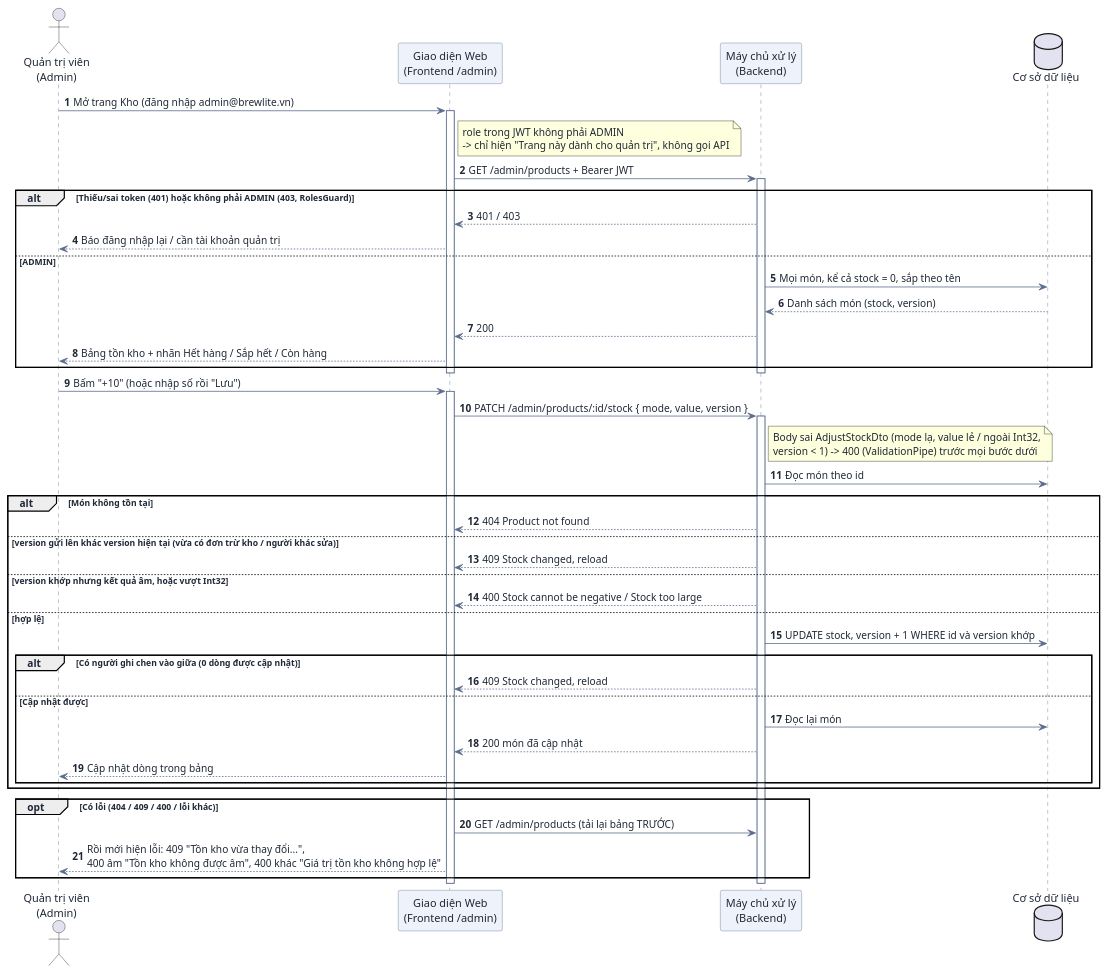
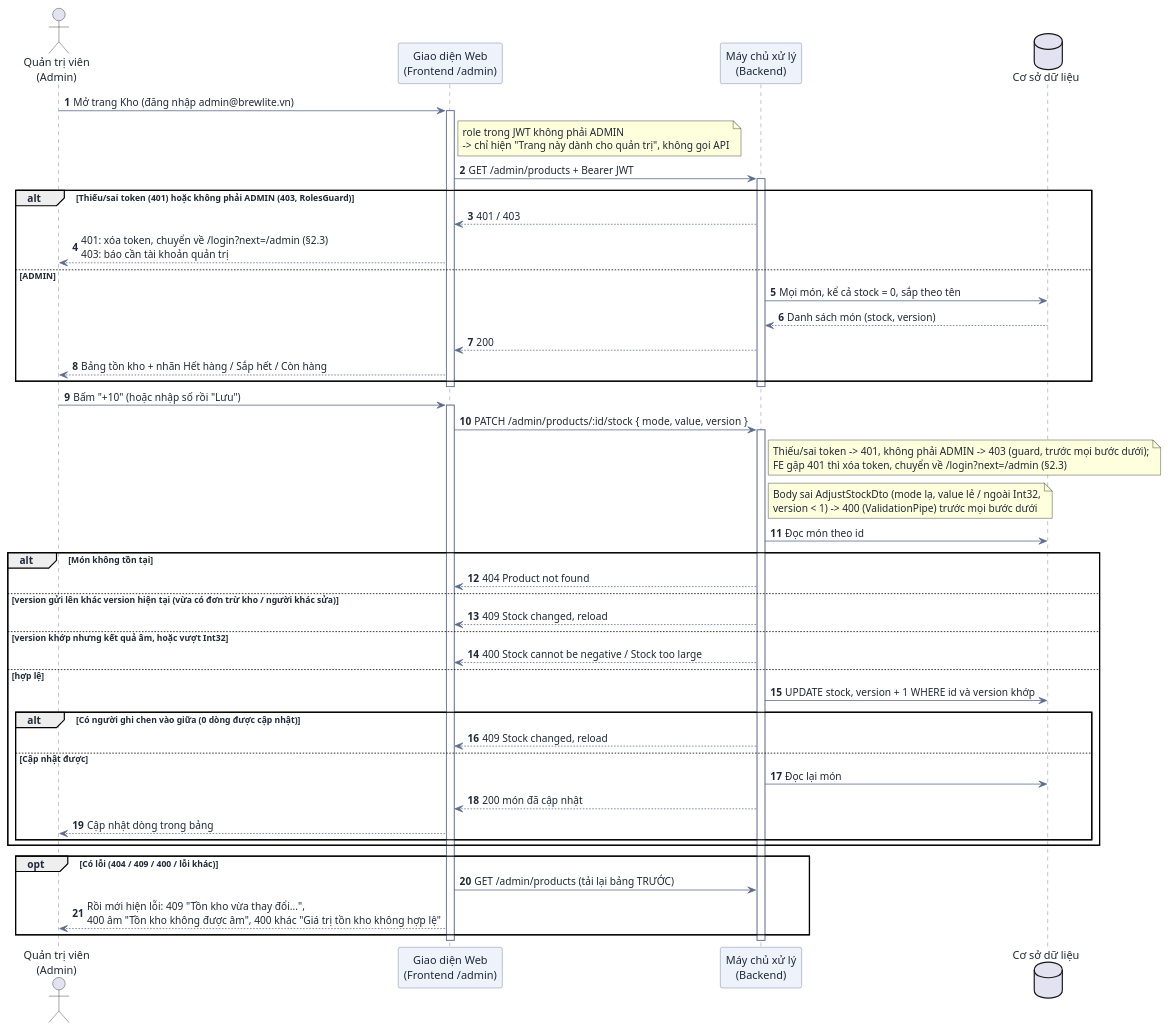
The ninth of 9 diagrams in docs/user-sequence-specifications.md (DuVinhLoi/BrewLite), drawn with PlantUML before and after one commit. The commit also changed other lines of this file and 62 other files, not shown here.

````diff
--- a/docs/user-sequence-specifications.md
+++ b/docs/user-sequence-specifications.md
@@ -838,61 +913,62 @@
 ```plantuml
 @startuml
 skinparam DefaultFontColor #1f2937
 skinparam ArrowColor #5b6b8c
 skinparam SequenceParticipantBackgroundColor #eef2fb
 skinparam SequenceParticipantBorderColor #5b6b8c
 skinparam SequenceLifeLineBorderColor #5b6b8c
 
 autonumber
 actor "Quản trị viên\n(Admin)" as User
 participant "Giao diện Web\n(Frontend /admin)" as FE
 participant "Máy chủ xử lý\n(Backend)" as BE
 database "Cơ sở dữ liệu" as DB
 
 User -> FE : Mở trang Kho (đăng nhập admin@brewlite.vn)
 activate FE
 note right of FE : role trong JWT không phải ADMIN\n-> chỉ hiện "Trang này dành cho quản trị", không gọi API
 FE -> BE : GET /admin/products + Bearer JWT
 activate BE
 alt Thiếu/sai token (401) hoặc không phải ADMIN (403, RolesGuard)
   BE --> FE : 401 / 403
-  FE --> User : Báo đăng nhập lại / cần tài khoản quản trị
+  FE --> User : 401: xóa token, chuyển về /login?next=/admin (§2.3)\n403: báo cần tài khoản quản trị
 else ADMIN
   BE -> DB : Mọi món, kể cả stock = 0, sắp theo tên
   DB --> BE : Danh sách món (stock, version)
   BE --> FE : 200
   FE --> User : Bảng tồn kho + nhãn Hết hàng / Sắp hết / Còn hàng
 end
 deactivate BE
 deactivate FE
 
 User -> FE : Bấm "+10" (hoặc nhập số rồi "Lưu")
 activate FE
 FE -> BE : PATCH /admin/products/:id/stock { mode, value, version }
 activate BE
+note right of BE : Thiếu/sai token -> 401, không phải ADMIN -> 403 (guard, trước mọi bước dưới);\nFE gặp 401 thì xóa token, chuyển về /login?next=/admin (§2.3)
 note right of BE : Body sai AdjustStockDto (mode lạ, value lẻ / ngoài Int32,\nversion < 1) -> 400 (ValidationPipe) trước mọi bước dưới
 BE -> DB : Đọc món theo id
 alt Món không tồn tại
   BE --> FE : 404 Product not found
 else version gửi lên khác version hiện tại (vừa có đơn trừ kho / người khác sửa)
   BE --> FE : 409 Stock changed, reload
 else version khớp nhưng kết quả âm, hoặc vượt Int32
   BE --> FE : 400 Stock cannot be negative / Stock too large
 else hợp lệ
   BE -> DB : UPDATE stock, version + 1 WHERE id và version khớp
   alt Có người ghi chen vào giữa (0 dòng được cập nhật)
     BE --> FE : 409 Stock changed, reload
   else Cập nhật được
     BE -> DB : Đọc lại món
     BE --> FE : 200 món đã cập nhật
     FE --> User : Cập nhật dòng trong bảng
   end
 end
 opt Có lỗi (404 / 409 / 400 / lỗi khác)
   FE -> BE : GET /admin/products (tải lại bảng TRƯỚC)
   FE --> User : Rồi mới hiện lỗi: 409 "Tồn kho vừa thay đổi...",\n400 âm "Tồn kho không được âm", 400 khác "Giá trị tồn kho không hợp lệ"
 end
 deactivate BE
 deactivate FE
 @enduml
 ```
````
